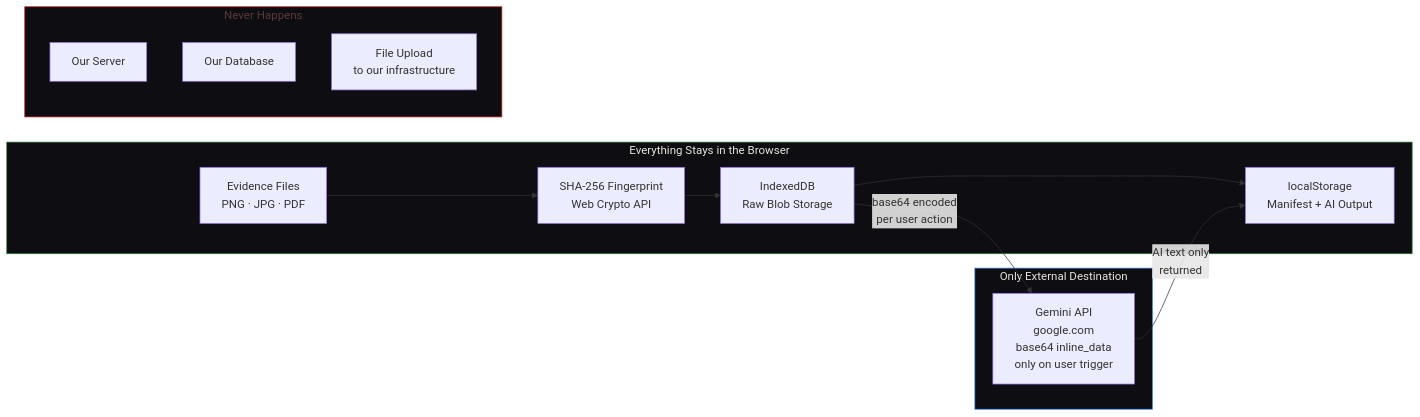
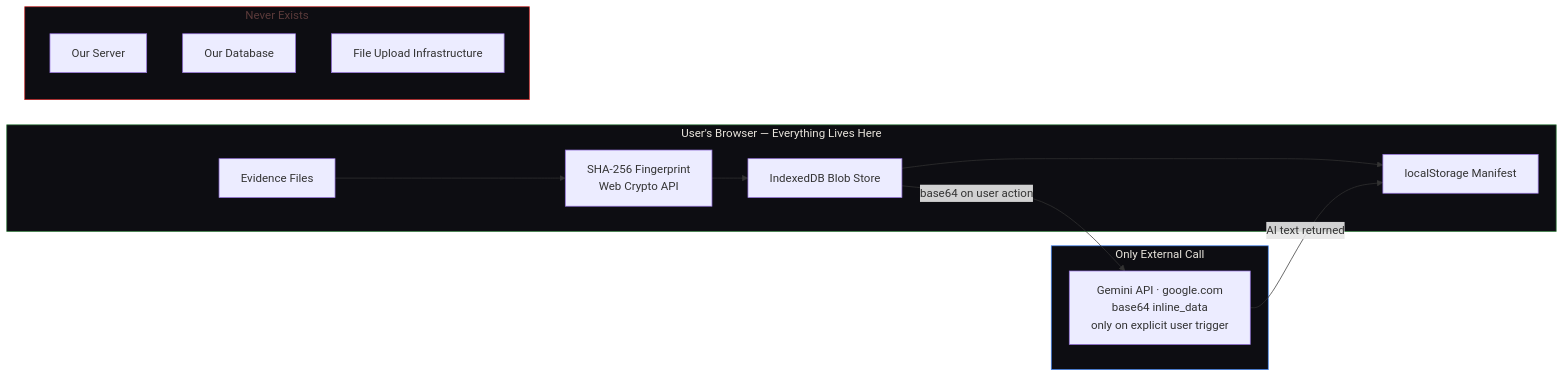
One commit to Iceman-Dann/Evidence-Locker changed the sixth of 13 diagrams in README.md. Above: the diagram before and after it, drawn with Mermaid. The commit also changed other lines of this file, not shown here.

````diff
--- a/README.md
+++ b/README.md
@@ -230,27 +253,23 @@
 ```mermaid
 flowchart LR
-    subgraph BROWSER ["Everything Stays in the Browser"]
-        F["Evidence Files\nPNG · JPG · PDF"]
-        FP["SHA-256 Fingerprint\nWeb Crypto API"]
-        IDB["IndexedDB\nRaw Blob Storage"]
-        LS["localStorage\nManifest + AI Output"]
-        F --> FP --> IDB --> LS
+    subgraph BROWSER ["User's Browser — Everything Lives Here"]
+        F["Evidence Files"] --> FP["SHA-256 Fingerprint\nWeb Crypto API"] --> IDB["IndexedDB Blob Store"] --> LS["localStorage Manifest"]
     end
 
-    subgraph GOOGLE ["Only External Destination"]
-        G["Gemini API\ngoogle.com\nbase64 inline_data\nonly on user trigger"]
+    subgraph GEMINI ["Only External Call"]
+        G["Gemini API · google.com\nbase64 inline_data\nonly on explicit user trigger"]
     end
 
-    subgraph NEVER ["Never Happens"]
+    subgraph NEVER ["Never Exists"]
         N1["Our Server"]
         N2["Our Database"]
-        N3["File Upload\nto our infrastructure"]
+        N3["File Upload Infrastructure"]
     end
 
-    IDB -->|"base64 encoded\nper user action"| G
-    G -->|"AI text only\nreturned"| LS
+    IDB -->|"base64 on user action"| G
+    G -->|"AI text returned"| LS
 
     style BROWSER fill:#0D0D12,stroke:#2D7A3A,color:#E8E4DC
-    style GOOGLE fill:#0D0D12,stroke:#4285F4,color:#E8E4DC
+    style GEMINI fill:#0D0D12,stroke:#4285F4,color:#E8E4DC
     style NEVER fill:#0D0D12,stroke:#C41E1E,color:#5A3A3A
 ```
````
